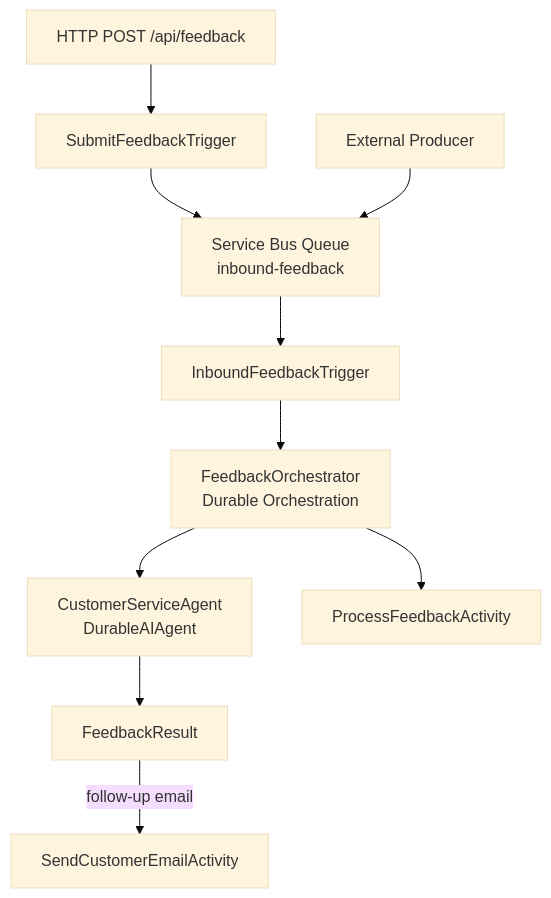
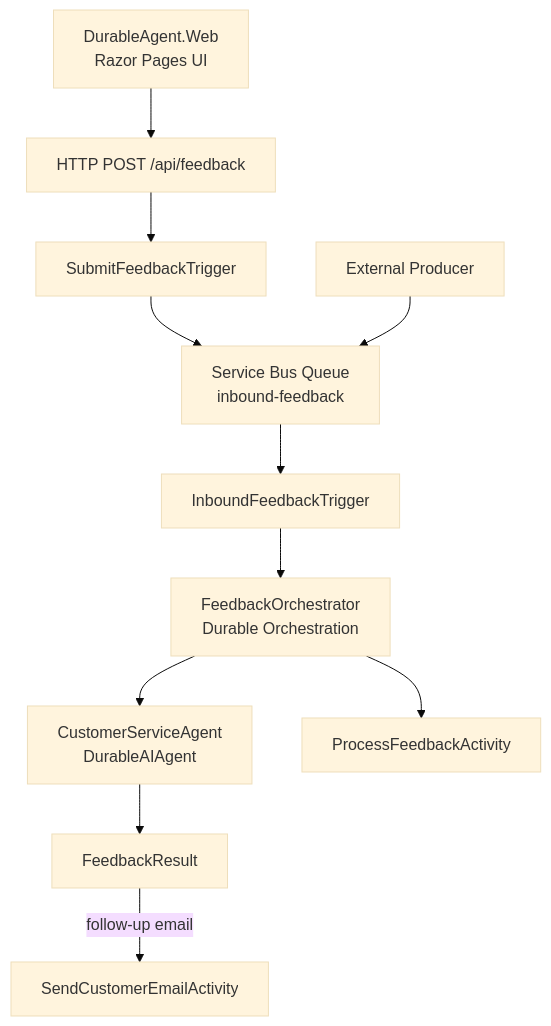
The diagram in README.md (mcollier/durable-agent-demo), drawn with Mermaid (base theme) before and after one commit. The commit also changed other lines of this file and 4 other files, not shown here.

````diff
--- a/README.md
+++ b/README.md
@@ -13,12 +13,13 @@
 ```mermaid
 flowchart TD
-    Http[HTTP POST /api/feedback] --> Submit[SubmitFeedbackTrigger]
+    Web[DurableAgent.Web<br/>Razor Pages UI] --> Http[HTTP POST /api/feedback]
+    Http --> Submit[SubmitFeedbackTrigger]
     Submit --> Queue[Service Bus Queue<br/>inbound-feedback]
     Producer[External Producer] --> Queue
     Queue --> Inbound[InboundFeedbackTrigger]
     Inbound --> Orchestrator[FeedbackOrchestrator<br/>Durable Orchestration]
     Orchestrator --> Agent[CustomerServiceAgent<br/>DurableAIAgent]
     Orchestrator --> Process[ProcessFeedbackActivity]
     Agent --> Result[FeedbackResult]
     Result -->|follow-up email| Email[SendCustomerEmailActivity]
 ```
````
